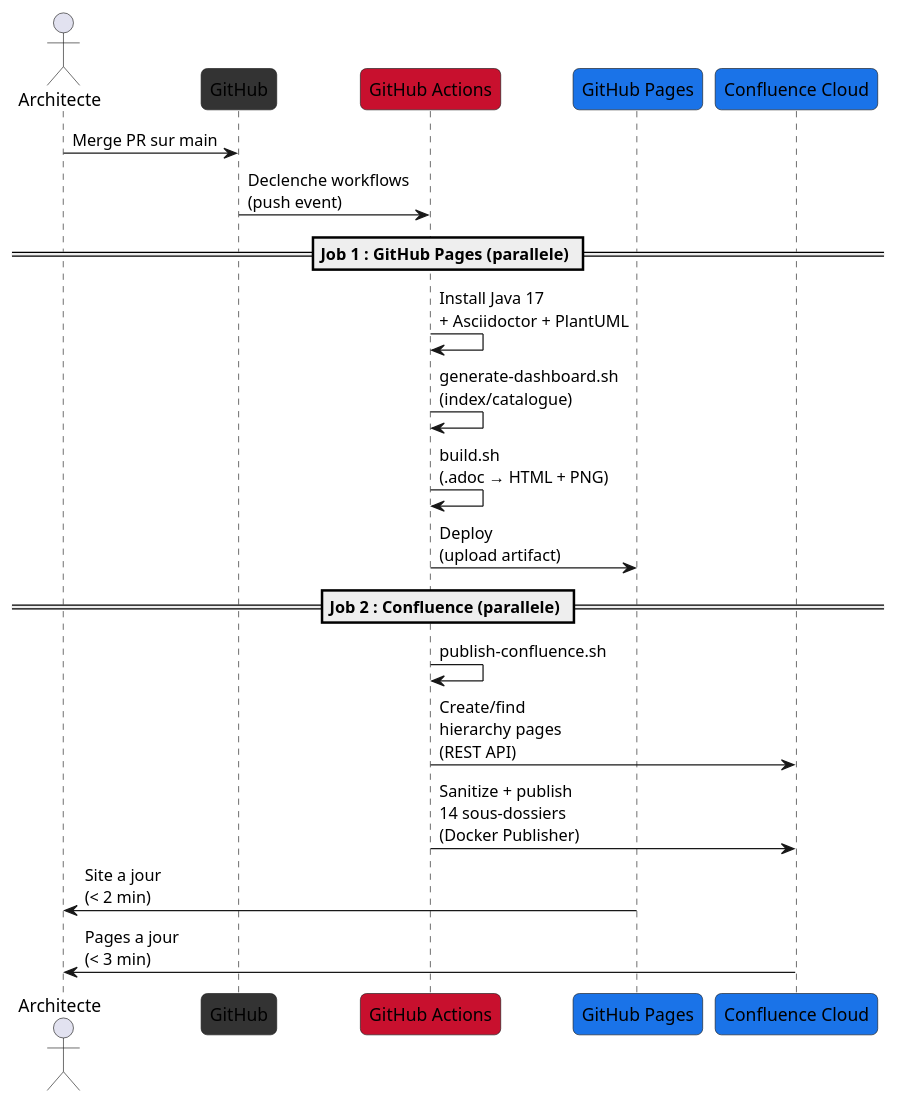
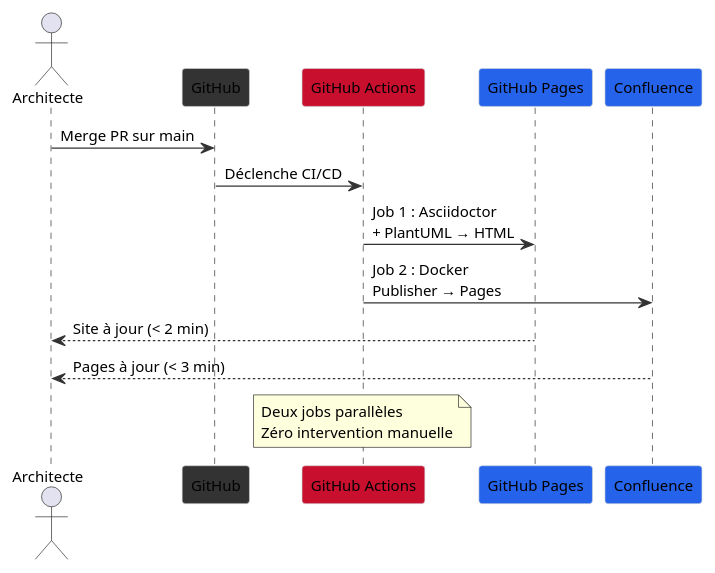
The seventh of 7 diagrams in content/pras/fr/overview.adoc (KiyaliHQ/proven-reusable-architecture), drawn with PlantUML before and after one commit. The commit also changed other lines of this file and 1 other file, not shown here.

First line of the commit message:
fix: improve PlantUML diagrams for stakeholder presentation

```diff
--- a/content/pras/fr/overview.adoc
+++ b/content/pras/fr/overview.adoc
@@ -318,32 +271,34 @@
 [plantuml]
 ----
 @startuml
 skinparam backgroundColor transparent
-skinparam participant {
-  RoundCorner 10
+skinparam defaultFontName "Segoe UI"
+skinparam defaultFontSize 12
+skinparam shadowing false
+skinparam ArrowColor #333333
+skinparam sequence {
+  ParticipantBackgroundColor #ffffff
+  ParticipantBorderColor #d1d5db
 }
 
 actor "Architecte" as arch
-participant "GitHub" as gh #333
-participant "GitHub Actions" as gha #c8102e
-participant "GitHub Pages" as ghp #1a73e8
-participant "Confluence Cloud" as conf #1a73e8
+participant "GitHub" as gh #333333
+participant "GitHub Actions" as ci #c8102e
+participant "GitHub Pages" as ghp #2563eb
+participant "Confluence" as conf #2563eb
 
 arch -> gh : Merge PR sur main
-gh -> gha : Declenche workflows\n(push event)
+gh -> ci : Déclenche CI/CD
 
-== Job 1 : GitHub Pages (parallele) ==
-gha -> gha : Install Java 17\n+ Asciidoctor + PlantUML
-gha -> gha : generate-dashboard.sh\n(index/catalogue)
-gha -> gha : build.sh\n(.adoc → HTML + PNG)
-gha -> ghp : Deploy\n(upload artifact)
+ci -> ghp : Job 1 : Asciidoctor\n+ PlantUML → HTML
+ci -> conf : Job 2 : Docker\nPublisher → Pages
 
-== Job 2 : Confluence (parallele) ==
-gha -> gha : publish-confluence.sh
-gha -> conf : Create/find\nhierarchy pages\n(REST API)
-gha -> conf : Sanitize + publish\n14 sous-dossiers\n(Docker Publisher)
+ghp --> arch : Site à jour (< 2 min)
+conf --> arch : Pages à jour (< 3 min)
 
-ghp -> arch : Site a jour\n(< 2 min)
-conf -> arch : Pages a jour\n(< 3 min)
+note over ci
+  Deux jobs parallèles
+  Zéro intervention manuelle
+end note
 @enduml
 ----
```
